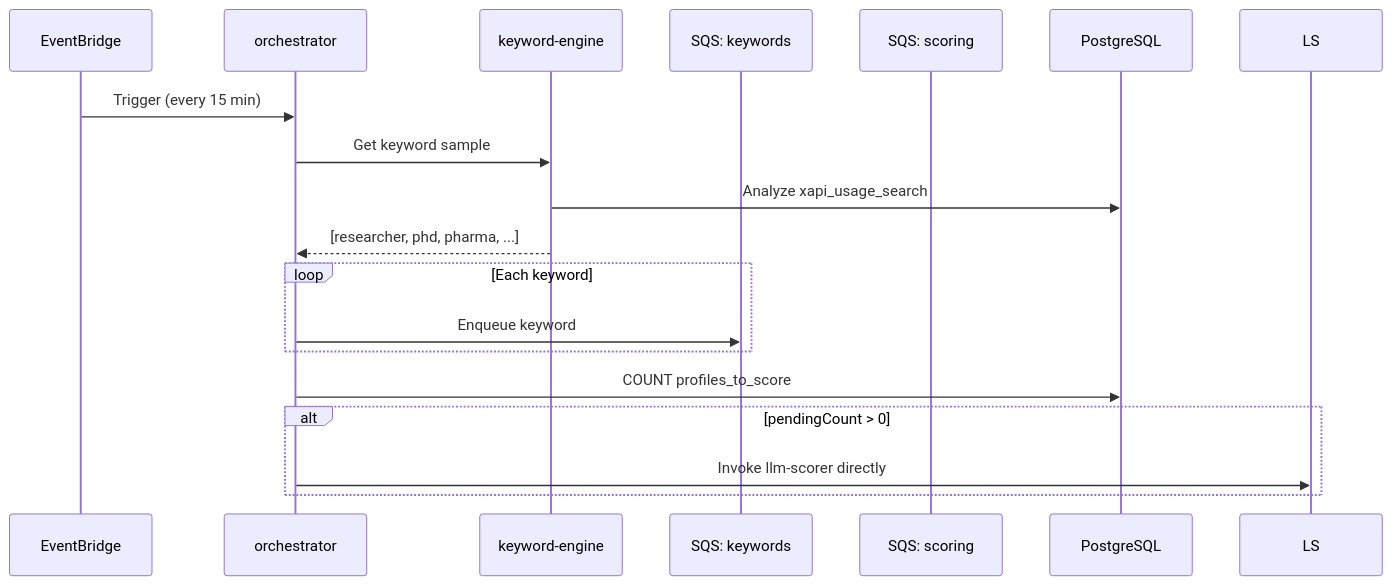
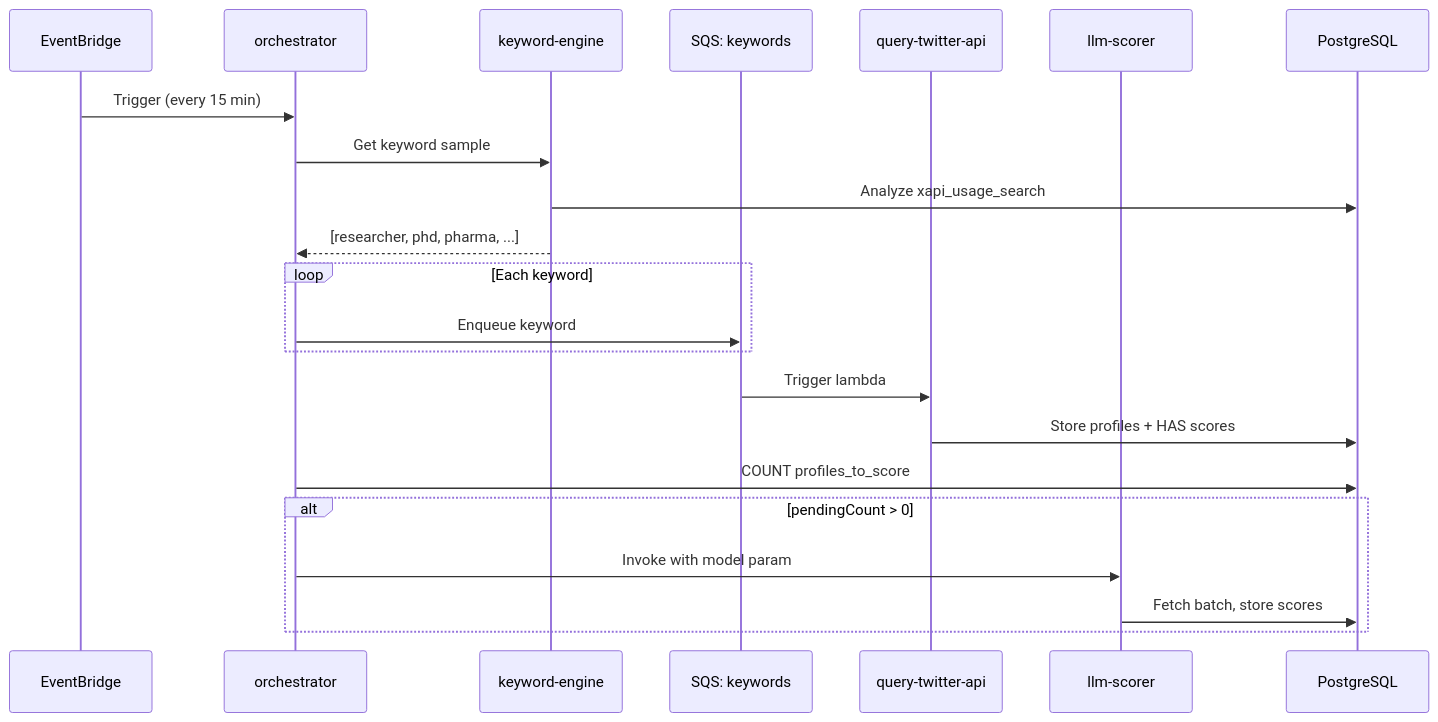
Before and after one commit to DanEscher98/twitter-profile-scorer: the second of 5 diagrams in docs/architecture.md, drawn with Mermaid. The commit also changed other lines of this file and 7 other files, not shown here.

First line of the commit message:
Update docs and tests to reflect LLM scoring refactor

````diff
--- a/docs/architecture.md
+++ b/docs/architecture.md
@@ -85,23 +53,28 @@
 ```mermaid
 sequenceDiagram
     participant EB as EventBridge
     participant OR as orchestrator
     participant KE as keyword-engine
-    participant SQS_K as SQS: keywords
-    participant SQS_S as SQS: scoring
+    participant SQS as SQS: keywords
+    participant QT as query-twitter-api
+    participant LS as llm-scorer
     participant DB as PostgreSQL
 
     EB->>OR: Trigger (every 15 min)
     OR->>KE: Get keyword sample
     KE->>DB: Analyze xapi_usage_search
     KE-->>OR: [researcher, phd, pharma, ...]
 
     loop Each keyword
-        OR->>SQS_K: Enqueue keyword
+        OR->>SQS: Enqueue keyword
     end
+
+    SQS->>QT: Trigger lambda
+    QT->>DB: Store profiles + HAS scores
 
     OR->>DB: COUNT profiles_to_score
     alt pendingCount > 0
-        OR->>LS: Invoke llm-scorer directly
+        OR->>LS: Invoke with model param
+        LS->>DB: Fetch batch, store scores
     end
 ```
````
